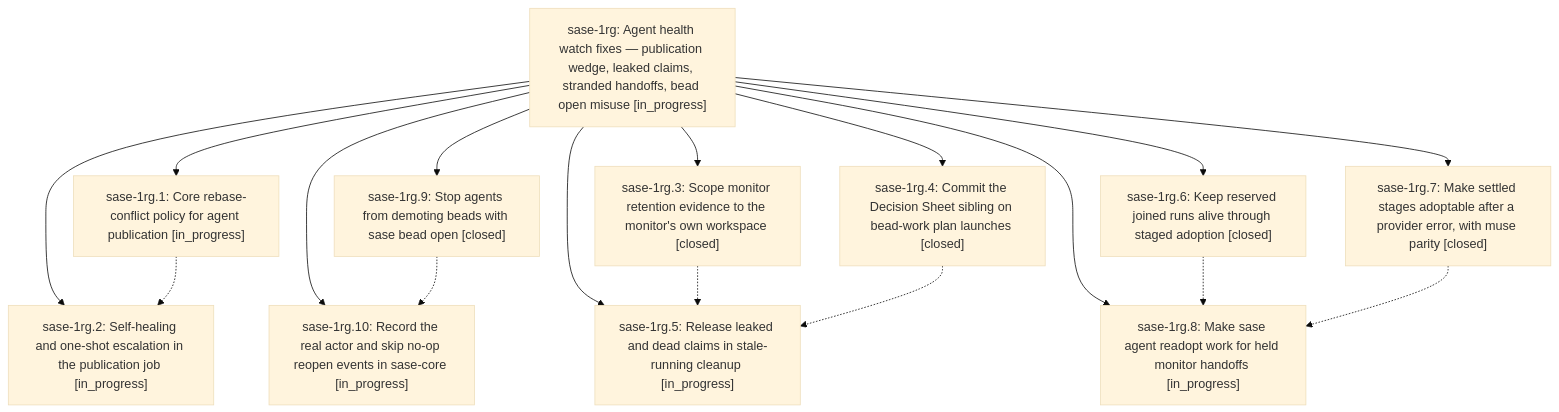
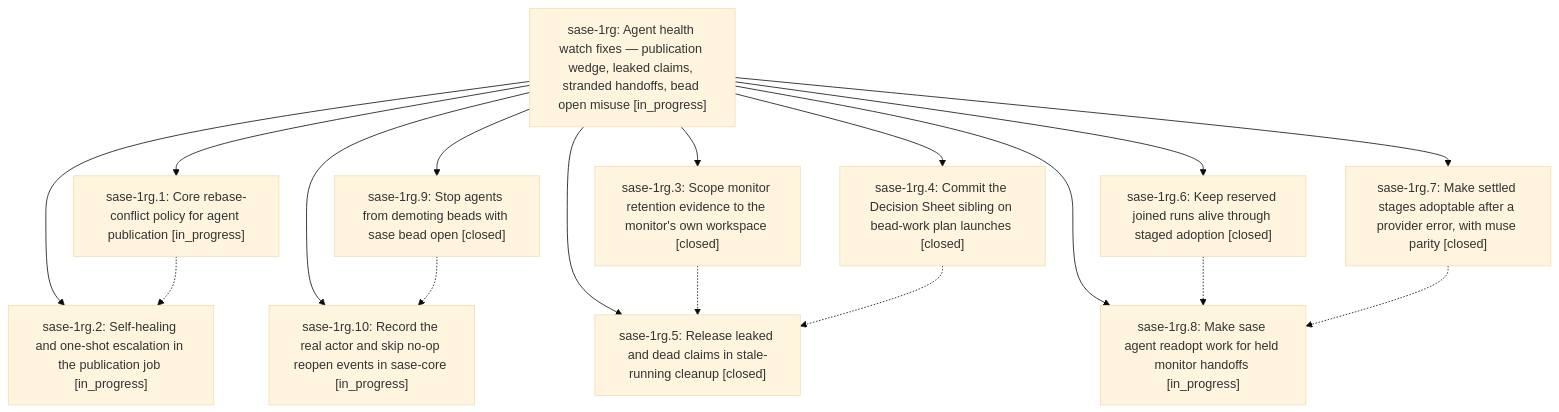
One commit to sase-org/sase--beads changed the diagram in pages/sase-1rg/README.md. Above: the diagram before and after it, drawn with Mermaid (base theme). The commit also changed other lines of this file and 5 other files, not shown here.

````diff
--- a/pages/sase-1rg/README.md
+++ b/pages/sase-1rg/README.md
@@ -31,30 +31,30 @@
 ```mermaid
 flowchart TD
     n0["sase-1rg: Agent health watch fixes — publication wedge, leaked claims, stranded handoffs, bead open misuse [in_progress]"]
     n1["sase-1rg.1: Core rebase-conflict policy for agent publication [in_progress]"]
     n2["sase-1rg.10: Record the real actor and skip no-op reopen events in sase-core [in_progress]"]
     n3["sase-1rg.2: Self-healing and one-shot escalation in the publication job [in_progress]"]
     n4["sase-1rg.3: Scope monitor retention evidence to the monitor's own workspace [closed]"]
     n5["sase-1rg.4: Commit the Decision Sheet sibling on bead-work plan launches [closed]"]
-    n6["sase-1rg.5: Release leaked and dead claims in stale-running cleanup [in_progress]"]
+    n6["sase-1rg.5: Release leaked and dead claims in stale-running cleanup [closed]"]
     n7["sase-1rg.6: Keep reserved joined runs alive through staged adoption [closed]"]
     n8["sase-1rg.7: Make settled stages adoptable after a provider error, with muse parity [closed]"]
     n9["sase-1rg.8: Make sase agent readopt work for held monitor handoffs [in_progress]"]
     n10["sase-1rg.9: Stop agents from demoting beads with sase bead open [closed]"]
     n0 --> n1
     n0 --> n2
     n0 --> n3
     n0 --> n4
     n0 --> n5
     n0 --> n6
     n0 --> n7
     n0 --> n8
     n0 --> n9
     n0 --> n10
     n1 -.-> n3
     n4 -.-> n6
     n5 -.-> n6
     n7 -.-> n9
     n8 -.-> n9
     n10 -.-> n2
 ```
````
